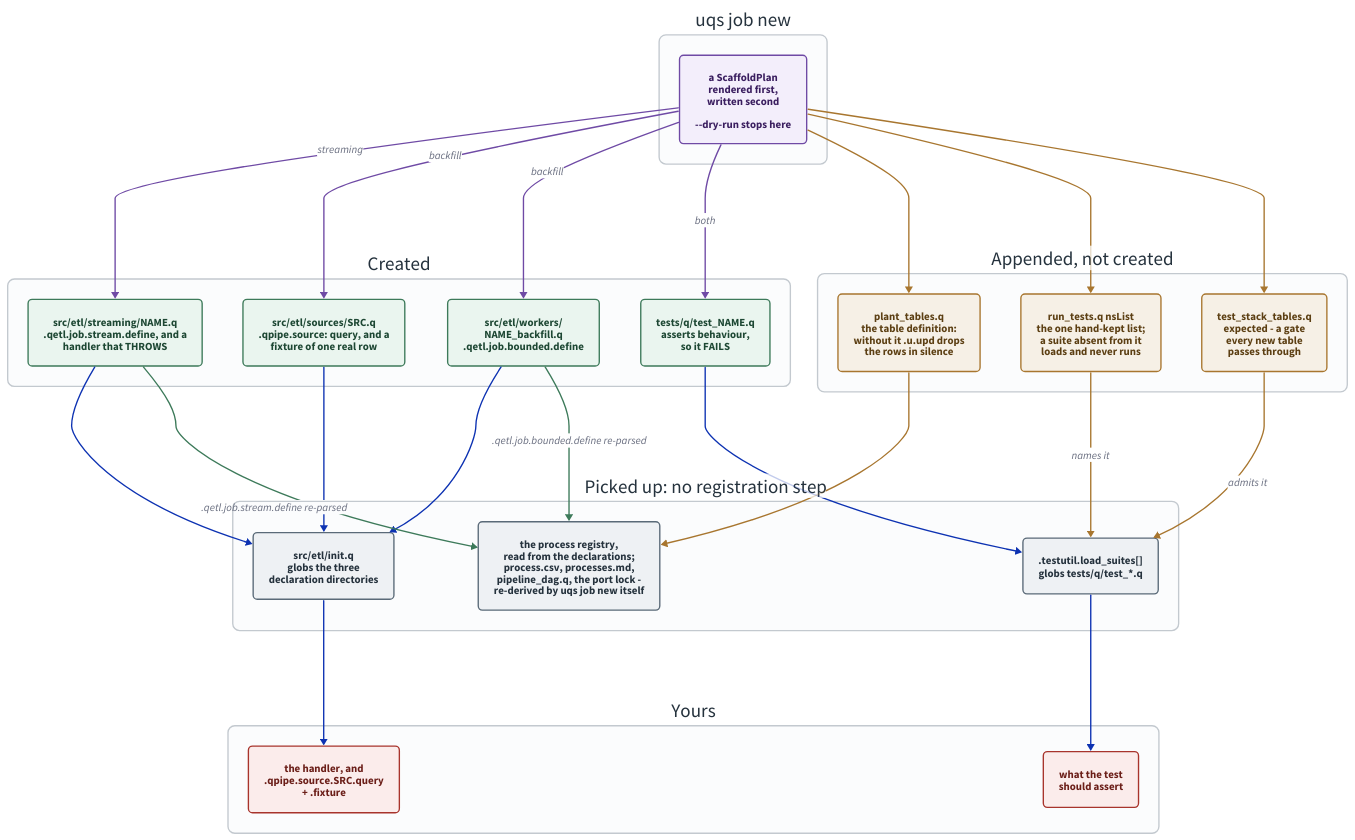
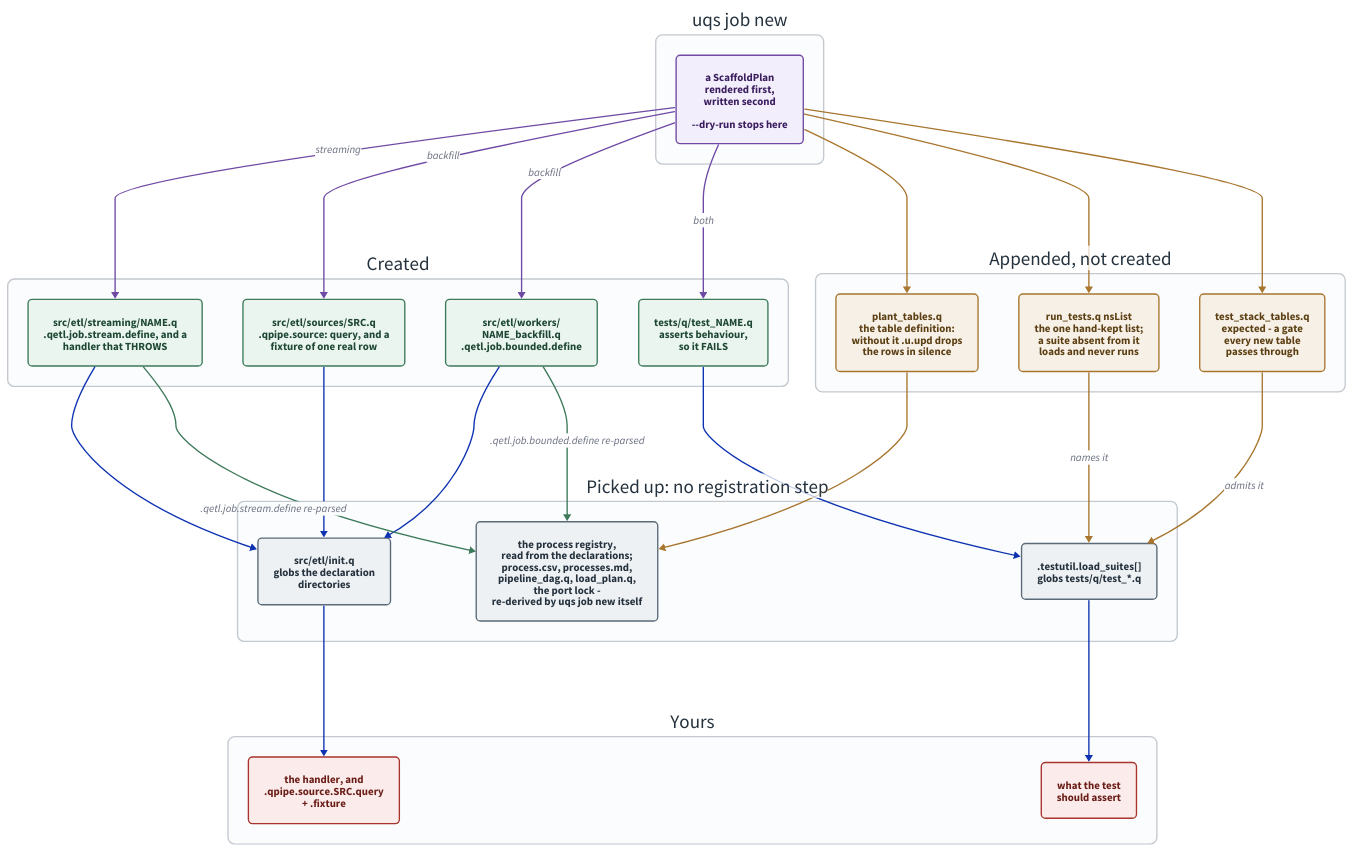
Before and after one commit to kwojdalski/uqf: the diagram in docs/diagrams/scaffolding.d2, drawn with D2. The commit also changed 20 other files, not shown here.

First line of the commit message:
Docs: bring the d2 diagrams up to date with the 2026-10-12/13 merges (#1257)

```diff
--- a/docs/diagrams/scaffolding.d2
+++ b/docs/diagrams/scaffolding.d2
@@ -1,150 +1,150 @@
 # scaffolding.d2 - what `uqs job new` writes, and what picks each file
 # up afterwards.
 #
 # Rendered by scripts/generate/render_diagrams.py, which CI runs with
 # --check. Embedded from docs/guides/new-pipeline.md.
 #
-# THE THING THIS DRAWS is that there is no registration step. Three
-# directories are globbed by src/etl/init.q and one by .testutil.load_suites,
+# THE THING THIS DRAWS is that there is no registration step. The
+# declaration directories are globbed by src/etl/init.q and one by .testutil.load_suites,
 # so a new file is loaded because it exists - and the process registry is
 # READ from the job files' own declarations, so a job needs no entry
 # anywhere else. The APPENDS are the facts that are NOT derivable from the
 # tree - the table definition, nsList, the one hand-kept list of test
 # namespaces, and the q suite's list of tables, a deliberate gate - which is
 # why they are the only places the scaffold has to edit rather than create.
 # Everything derived, uqs job new regenerates itself before it returns, the port
 # lock included.
 #
 # The other thing worth seeing is the red column. The scaffold writes the
 # SHAPE and never the logic: the generated handler throws and the generated
 # test fails, deliberately, because a scaffold that left something green
 # behind would make "generated" and "implemented" look the same from outside.
 # That is the state stack_smoke.py exists to catch - a process that is `up`,
 # heartbeating, and publishing nothing.
 #
 # ON DIRECTION. Down, not right, for the reason
 # pipeline-architecture-example.d2's own header gives: right rendered this
 # 2489x1370, and a page that shows a wide strip at its column width shrinks
 # every label past reading. Down is taller than wide, and a reader scrolls.
 # The bands still read in order - plan, created, appended, picked up, yours -
 # it is the axis that changed, so new-pipeline.md says "top to bottom".
 
 
 direction: down
 
 vars: {
   d2-config: {
     pad: 40
   }
 }
 
 classes: {
   command: {
     style: {
       fill: "#f3eefb"
       stroke: "#6f4aa5"
       font-color: "#3a1e5f"
       border-radius: 6
     }
   }
   created: {
     style: {
       fill: "#eaf5ef"
       stroke: "#3d7a5a"
       font-color: "#1d4733"
       border-radius: 6
     }
   }
   appended: {
     style: {
       fill: "#f6f0e6"
       stroke: "#a8762f"
       font-color: "#5c3f13"
       border-radius: 6
     }
   }
   derived: {
     style: {
       fill: "#eef1f4"
       stroke: "#5a6a78"
       font-color: "#25323d"
       border-radius: 6
     }
   }
   todo: {
     style: {
       fill: "#fbeceb"
       stroke: "#a8342c"
       font-color: "#6b1e18"
       border-radius: 6
     }
   }
   band: {
     style: {
       fill: "#fbfcfd"
       stroke: "#c3c9cf"
       stroke-width: 2
       border-radius: 10
       font-color: "#25323d"
     }
   }
 }
 
 cmd: "uqs job new" {
   class: band
 
   plan: "a ScaffoldPlan\nrendered first,\nwritten second\n\n--dry-run stops here" { class: command }
 }
 
 written: "Created" {
   class: band
 
   job: "src/etl/streaming/NAME.q\n.qetl.job.stream.define, and a\nhandler that THROWS" { class: created }
   source: "src/etl/sources/SRC.q\n.qpipe.source: query, and a\nfixture of one real row" { class: created }
   worker: "src/etl/workers/\nNAME_backfill.q\n.qetl.job.bounded.define" { class: created }
   test: "tests/q/test_NAME.q\nasserts behaviour,\nso it FAILS" { class: created }
 }
 
 appended: "Appended, not created" {
   class: band
 
   tables: "plant_tables.q\nthe table definition:\nwithout it .u.upd drops\nthe rows in silence" { class: appended }
   nslist: "run_tests.q nsList\nthe one hand-kept list;\na suite absent from it\nloads and never runs" { class: appended }
   tablelist: "test_stack_tables.q\nexpected - a gate\nevery new table\npasses through" { class: appended }
 }
 
 picked_up: "Picked up: no registration step" {
   class: band
 
-  init: "src/etl/init.q\nglobs the three\ndeclaration directories" { class: derived }
+  init: "src/etl/init.q\nglobs the declaration\ndirectories" { class: derived }
   suites: ".testutil.load_suites[]\nglobs tests/q/test_*.q" { class: derived }
-  consumers: "the process registry,\nread from the declarations;\nprocess.csv, processes.md,\npipeline_dag.q, the port lock -\nre-derived by uqs job new itself" { class: derived }
+  consumers: "the process registry,\nread from the declarations;\nprocess.csv, processes.md,\npipeline_dag.q, load_plan.q,\nthe port lock -\nre-derived by uqs job new itself" { class: derived }
 }
 
 todo: "Yours" {
   class: band
 
   logic: "the handler, and\n.qpipe.source.SRC.query\n+ .fixture" { class: todo }
   assertion: "what the test\nshould assert" { class: todo }
 }
 
 cmd.plan -> written.job: "streaming" { style.stroke: "#6f4aa5" }
 cmd.plan -> written.source: "backfill" { style.stroke: "#6f4aa5" }
 cmd.plan -> written.worker: "backfill" { style.stroke: "#6f4aa5" }
 cmd.plan -> written.test: "both" { style.stroke: "#6f4aa5" }
 cmd.plan -> appended.tables { style.stroke: "#a8762f" }
 cmd.plan -> appended.nslist { style.stroke: "#a8762f" }
 cmd.plan -> appended.tablelist { style.stroke: "#a8762f" }
 
 written.job -> picked_up.init
 written.source -> picked_up.init
 written.worker -> picked_up.init
 written.test -> picked_up.suites
 appended.nslist -> picked_up.suites: "names it" { style.stroke: "#a8762f" }
 appended.tablelist -> picked_up.suites: "admits it" { style.stroke: "#a8762f" }
 appended.tables -> picked_up.consumers { style.stroke: "#a8762f" }
 written.job -> picked_up.consumers: ".qetl.job.stream.define re-parsed" { style.stroke: "#3d7a5a" }
 written.worker -> picked_up.consumers: ".qetl.job.bounded.define re-parsed" { style.stroke: "#3d7a5a" }
 
 picked_up.init -> todo.logic
 picked_up.suites -> todo.assertion
```
